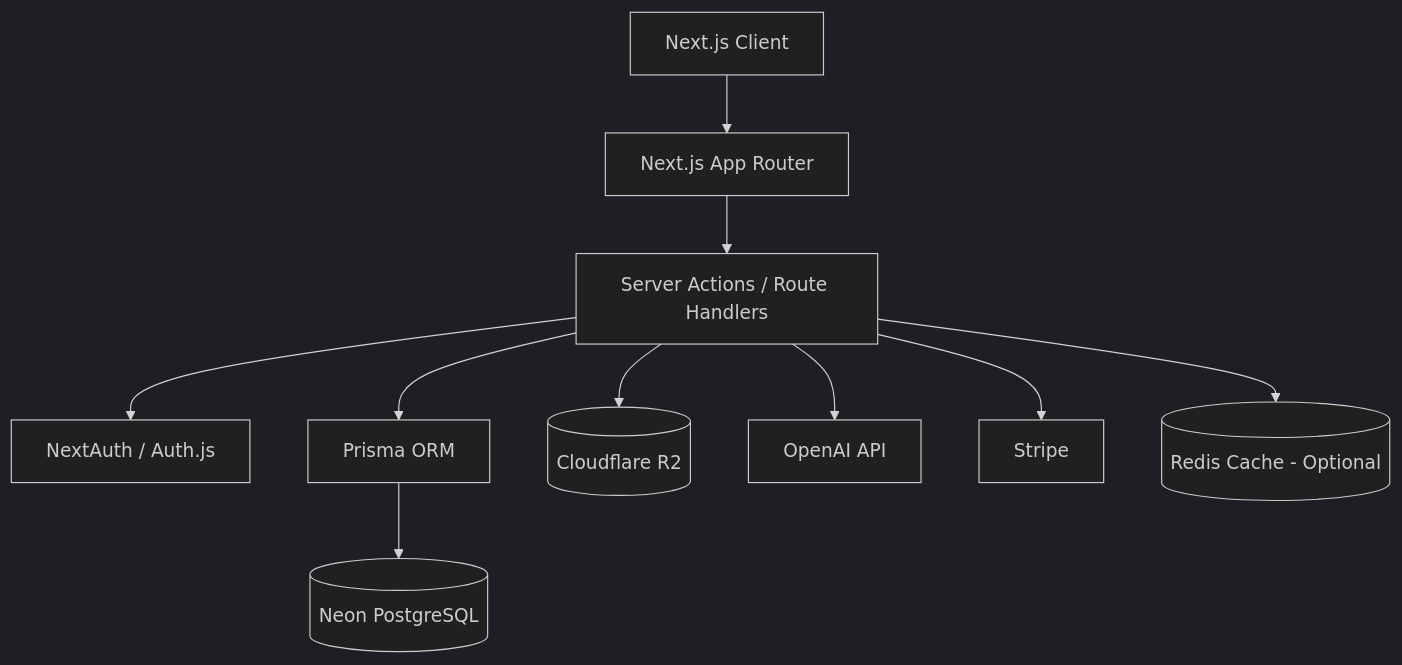
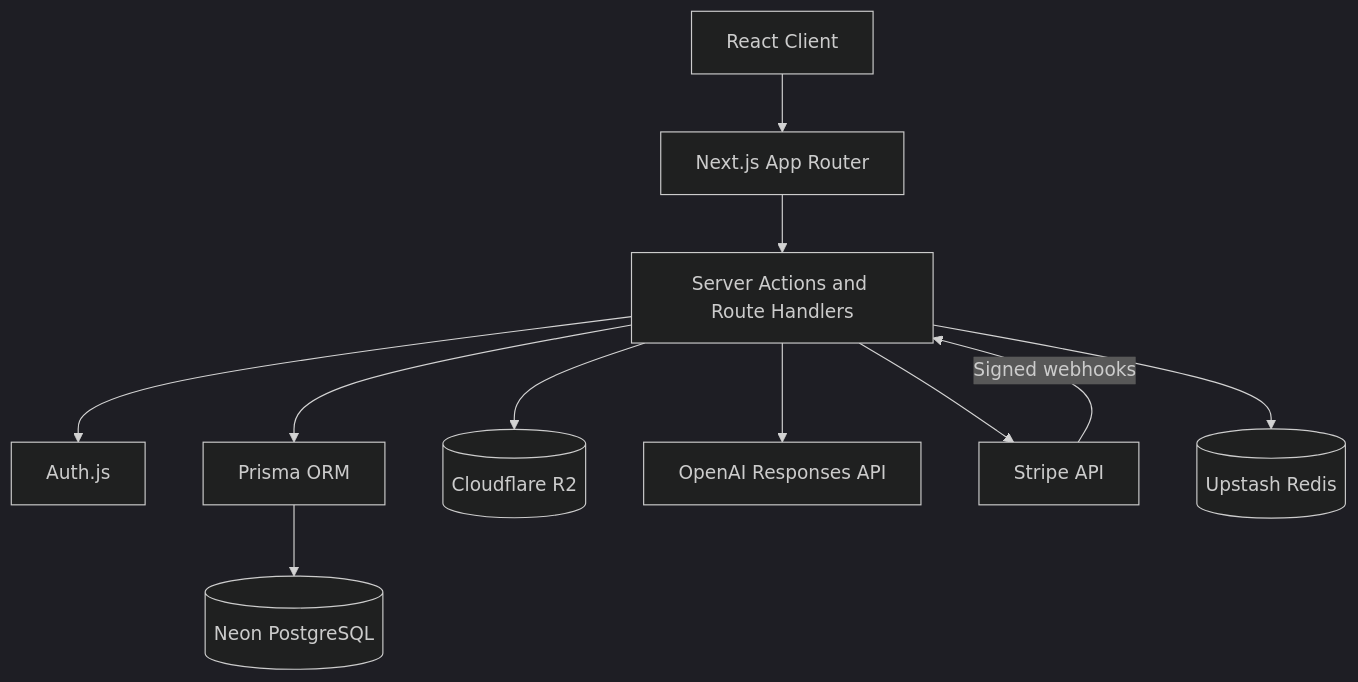
One commit to eviva2000/devstash changed the diagram in README.md. Above: the diagram before and after it, drawn with Mermaid (dark theme). The commit also changed other lines of this file, not shown here.

````diff
--- a/README.md
+++ b/README.md
@@ -238,12 +290,13 @@
 ```mermaid
 graph TD
-  Client[Next.js Client] --> AppRouter[Next.js App Router]
-  AppRouter --> ServerActions[Server Actions / Route Handlers]
-  ServerActions --> Auth[NextAuth / Auth.js]
-  ServerActions --> Prisma[Prisma ORM]
+  Client[React Client] --> AppRouter[Next.js App Router]
+  AppRouter --> Server[Server Actions and Route Handlers]
+  Server --> Auth[Auth.js]
+  Server --> Prisma[Prisma ORM]
   Prisma --> Postgres[(Neon PostgreSQL)]
-  ServerActions --> R2[(Cloudflare R2)]
-  ServerActions --> OpenAI[OpenAI API]
-  ServerActions --> Stripe[Stripe]
-  ServerActions --> Redis[(Redis Cache - Optional)]
+  Server --> R2[(Cloudflare R2)]
+  Server --> OpenAI[OpenAI Responses API]
+  Server --> Stripe[Stripe API]
+  Stripe -->|Signed webhooks| Server
+  Server --> Redis[(Upstash Redis)]
 ```
````
